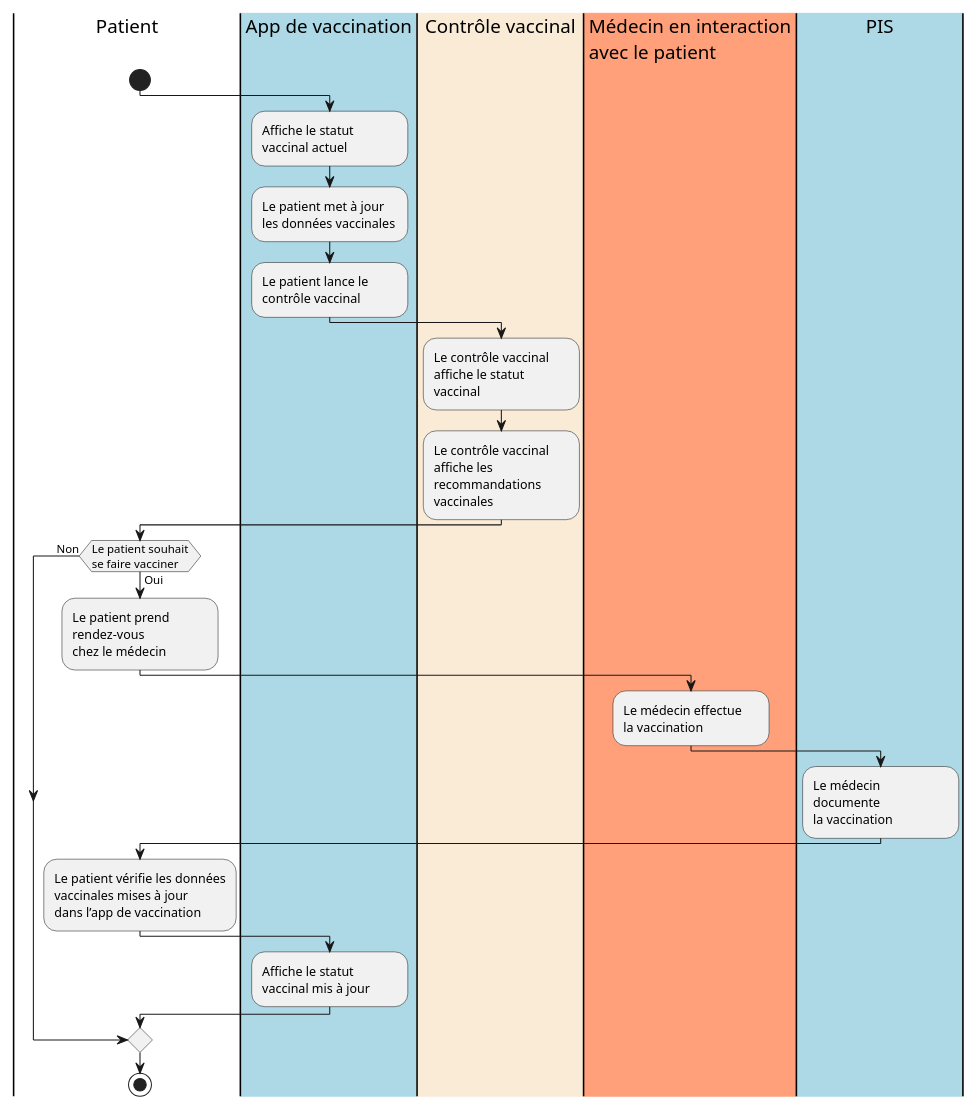
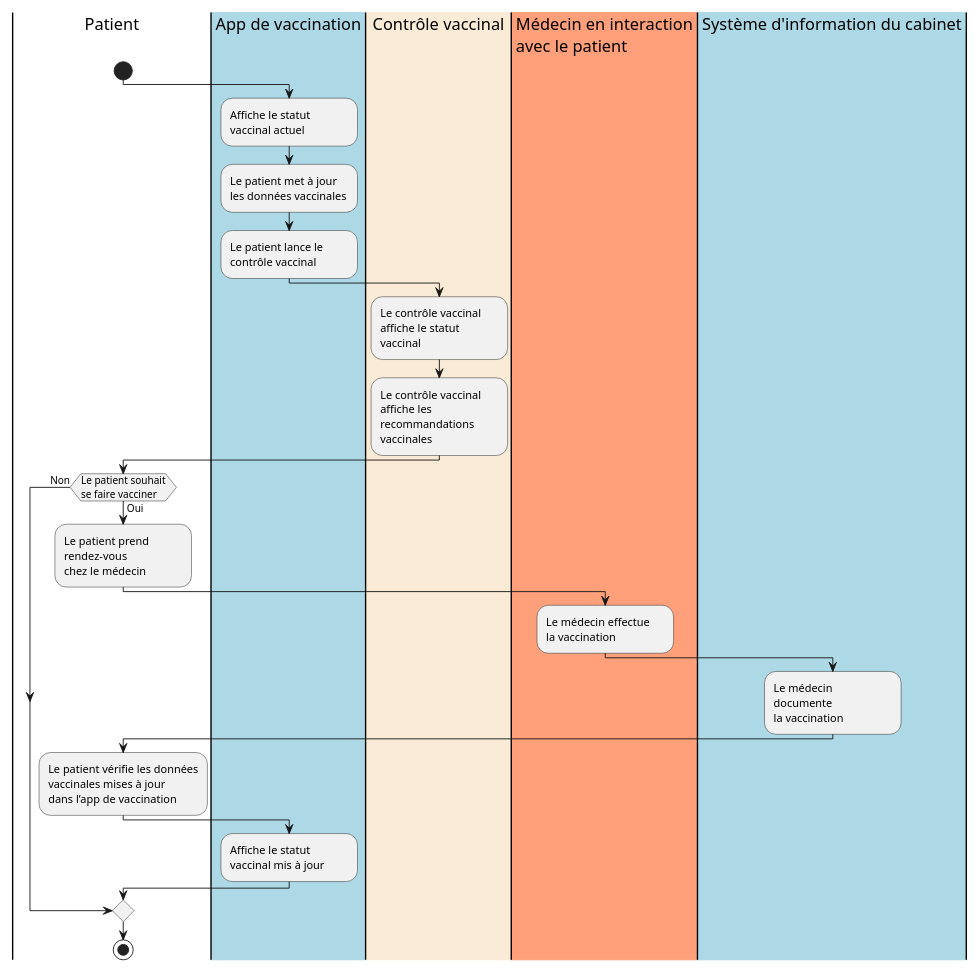
One commit to hl7ch/ch-vacd changed the diagram in input/images-source/use-case-14-impfcheck-patient-fr.plantuml. Above: the diagram before and after it, drawn with PlantUML. The commit also changed 4 other files, not shown here.

```diff
--- a/input/images-source/use-case-14-impfcheck-patient-fr.plantuml
+++ b/input/images-source/use-case-14-impfcheck-patient-fr.plantuml
@@ -1,35 +1,35 @@
 @startuml
 scale max 800 width
 <style>
 element {MinimumWidth 150}
 </style>
 
 |Patient|
 start
 |#LightBlue|App de vaccination|
 :Affiche le statut\nvaccinal actuel;
 :Le patient met à jour\nles données vaccinales;
 :Le patient lance le\ncontrôle vaccinal;
 
 |#AntiqueWhite|Contrôle vaccinal|
 :Le contrôle vaccinal\naffiche le statut\nvaccinal;
 :Le contrôle vaccinal\naffiche les\nrecommandations\nvaccinales;
 
 |Patient|
 if (Le patient souhait\nse faire vacciner) then (Oui)
   :Le patient prend\nrendez-vous\nchez le médecin;
   |#LightSalmon|Médecin en interaction\navec le patient|
   :Le médecin effectue\nla vaccination;
-  |#LightBlue|PIS|
+  |#LightBlue|Système d'information du cabinet|
   :Le médecin\ndocumente\nla vaccination;
   |Patient|
   :Le patient vérifie les données\nvaccinales mises à jour\ndans l’app de vaccination;
   |App de vaccination|
   :Affiche le statut\nvaccinal mis à jour;
 else (Non)
 
 endif
 |Patient|
 stop
 
 @enduml
```
